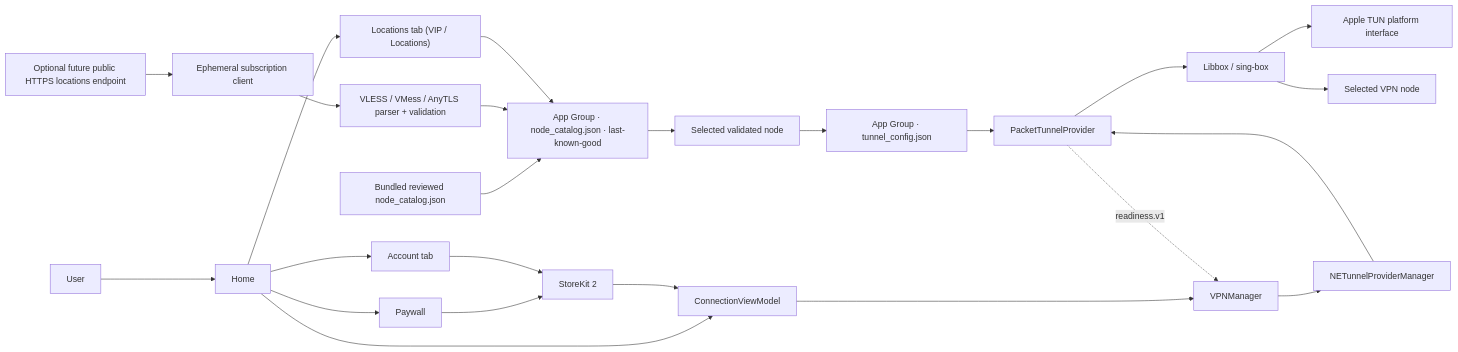
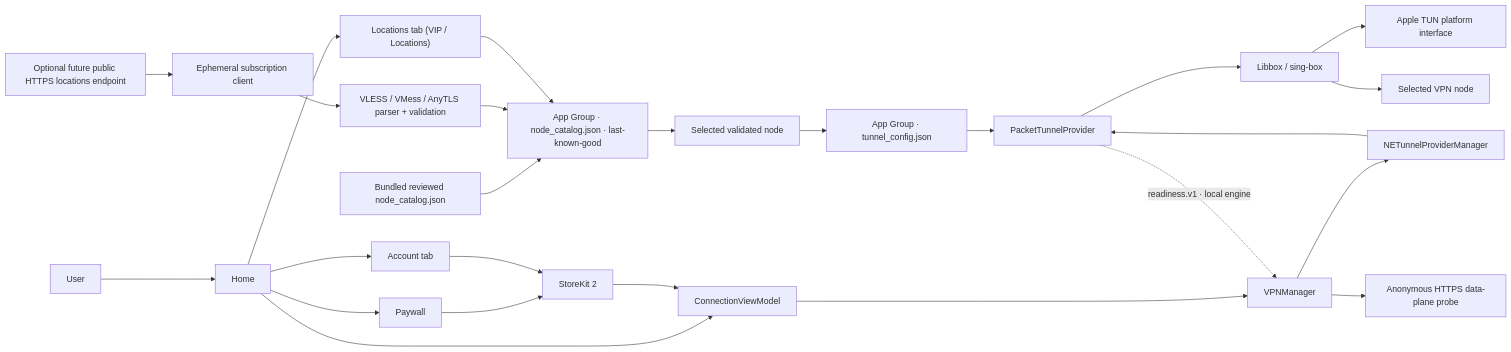
The diagram in docs/ARCHITECTURE.md (oversea-starups/aster-vpn-ios), drawn with Mermaid before and after one commit. The commit also changed other lines of this file and 45 other files, not shown here.

````diff
--- a/docs/ARCHITECTURE.md
+++ b/docs/ARCHITECTURE.md
@@ -12,29 +12,30 @@
 ```mermaid
 flowchart LR
     U["User"] --> UI["Home"]
     UI --> LOC["Locations tab (VIP / Locations)"]
     UI --> ACC["Account tab"]
     UI --> PAY["Paywall"]
 
     FEED["Optional future public HTTPS locations endpoint"] --> HTTP["Ephemeral subscription client"]
     HTTP --> PARSE["VLESS / VMess / AnyTLS parser + validation"]
     BUNDLE["Bundled reviewed node_catalog.json"] --> CAT["App Group · node_catalog.json · last-known-good"]
     PARSE --> CAT
     LOC --> CAT
     CAT --> SELECT["Selected validated node"]
     SELECT --> CFG["App Group · tunnel_config.json"]
 
     PAY --> SK["StoreKit 2"]
     ACC --> SK
 
     UI --> VM["ConnectionViewModel"]
     SK --> VM
     VM --> VPN["VPNManager"]
     VPN --> NE["NETunnelProviderManager"]
     CFG --> EXT["PacketTunnelProvider"]
     NE --> EXT
     EXT --> LIB["Libbox / sing-box"]
     LIB --> TUN["Apple TUN platform interface"]
-    EXT -. "readiness.v1" .-> VPN
+    EXT -. "readiness.v1 · local engine" .-> VPN
+    VPN --> PROBE["Anonymous HTTPS data-plane probe"]
     LIB --> NODE["Selected VPN node"]
 ```
````
